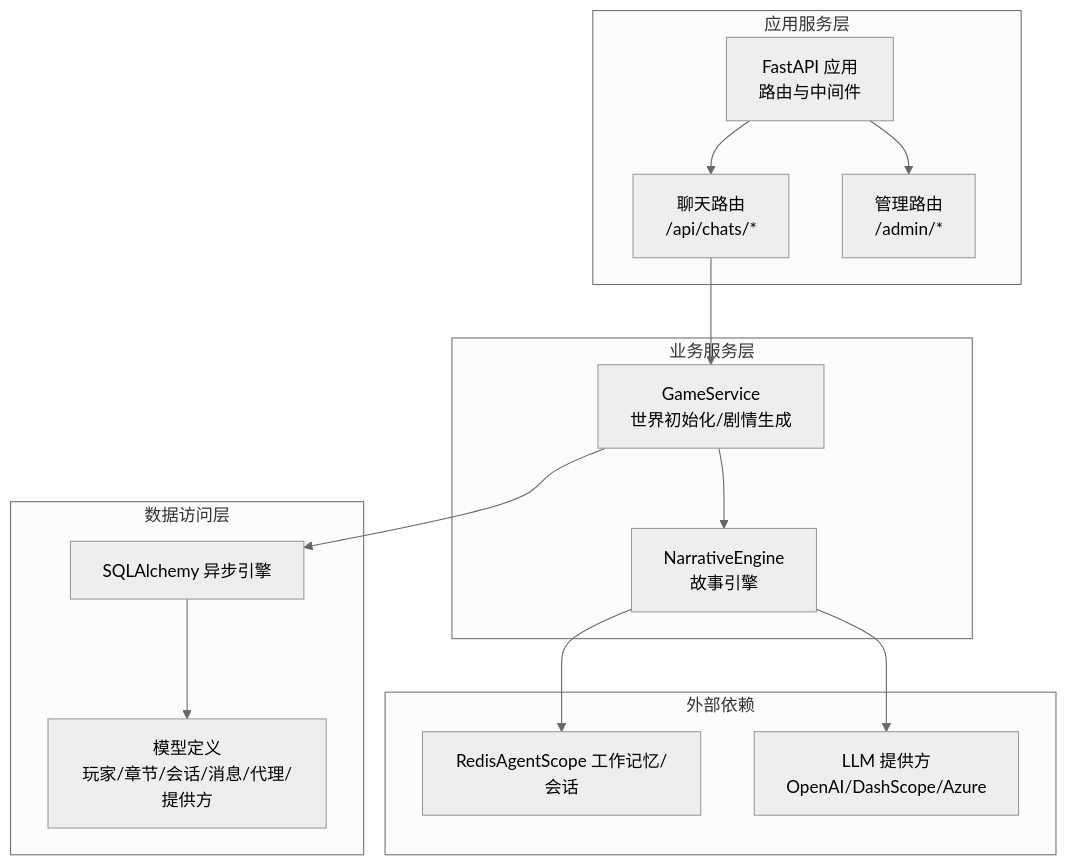
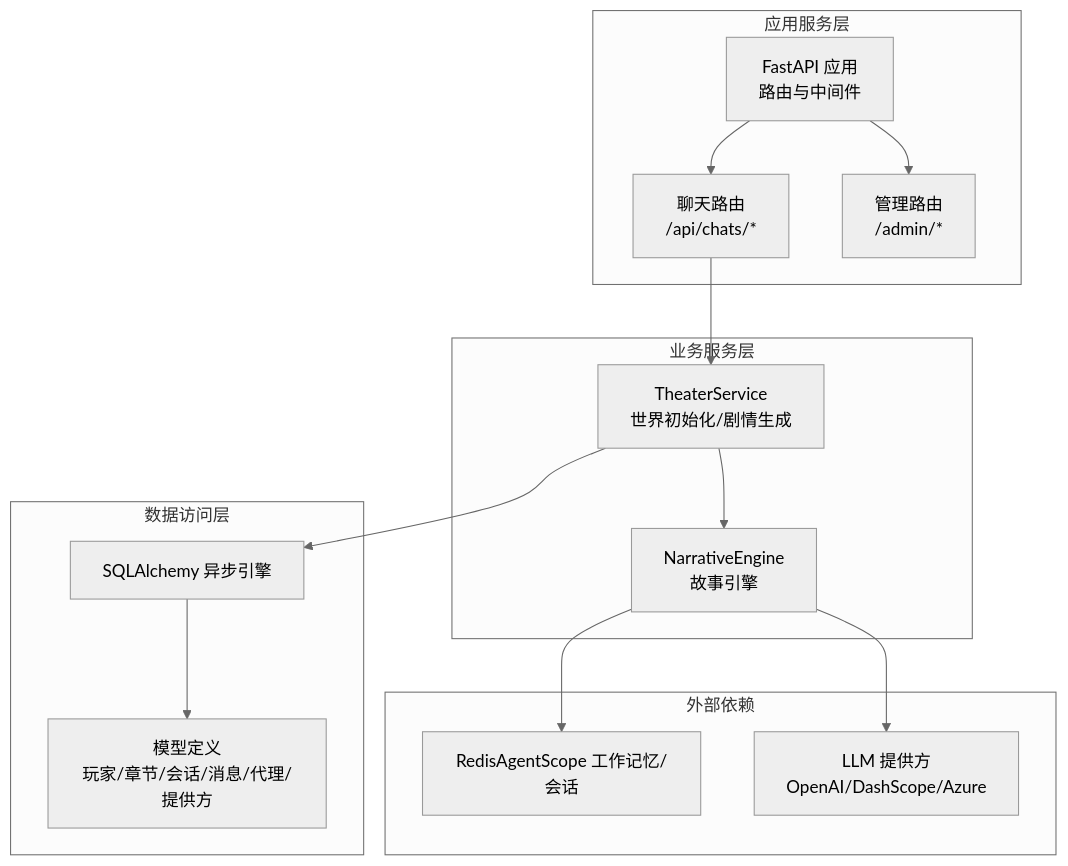
Before and after one commit to KunLabAI/KunFlix: the first of 3 diagrams in .qoder/repowiki/zh/content/部署指南/后端部署/性能优化/缓存策略优化.md, drawn with Mermaid (neutral theme). The commit also changed 112 other files, not shown here.

````diff
--- a/.qoder/repowiki/zh/content/部署指南/后端部署/性能优化/缓存策略优化.md
+++ b/.qoder/repowiki/zh/content/部署指南/后端部署/性能优化/缓存策略优化.md
@@ -36,28 +36,28 @@
 ```mermaid
 graph TB
 subgraph "应用服务层"
 FastAPI["FastAPI 应用<br/>路由与中间件"]
 RChats["聊天路由<br/>/api/chats/*"]
 RAdmin["管理路由<br/>/admin/*"]
 end
 subgraph "业务服务层"
-GameSvc["GameService<br/>世界初始化/剧情生成"]
+TheaterSvc["TheaterService<br/>世界初始化/剧情生成"]
 Agents["NarrativeEngine<br/>故事引擎"]
 end
 subgraph "数据访问层"
 DB["SQLAlchemy 异步引擎"]
 Models["模型定义<br/>玩家/章节/会话/消息/代理/提供方"]
 end
 subgraph "外部依赖"
 Redis["RedisAgentScope 工作记忆/会话"]
 LLM["LLM 提供方<br/>OpenAI/DashScope/Azure"]
 end
 FastAPI --> RChats
 FastAPI --> RAdmin
-RChats --> GameSvc
-GameSvc --> Agents
-GameSvc --> DB
+RChats --> TheaterSvc
+TheaterSvc --> Agents
+TheaterSvc --> DB
 Agents --> LLM
 Agents --> Redis
 DB --> Models
 ```
````
